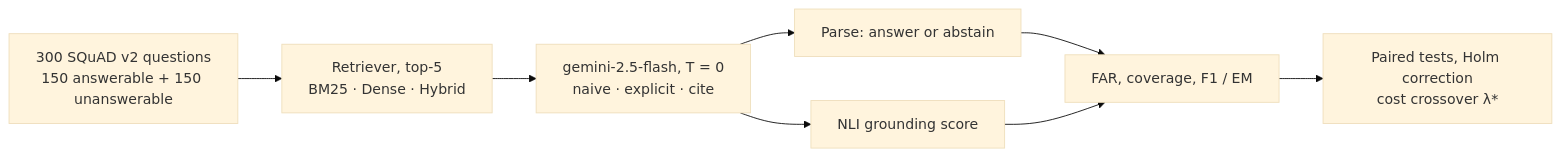
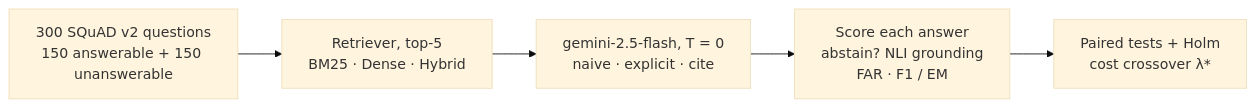
Before and after one commit to TJiewgnil/rag-cite-or-abstain: the diagram in README.md, drawn with Mermaid (base theme). The commit also changed 1 other file, not shown here.

Commit message:
Shorter pipeline diagram so it fits the README width

````diff
--- a/README.md
+++ b/README.md
@@ -23,10 +23,7 @@
 ```mermaid
 flowchart LR
   Q["300 SQuAD v2 questions<br/>150 answerable + 150 unanswerable"] --> R["Retriever, top-5<br/>BM25 · Dense · Hybrid"]
   R --> G["gemini-2.5-flash, T = 0<br/>naive · explicit · cite"]
-  G --> P["Parse: answer or abstain"]
-  P --> M["FAR, coverage, F1 / EM"]
-  G --> N["NLI grounding score"]
-  N --> M
-  M --> S["Paired tests, Holm correction<br/>cost crossover λ*"]
+  G --> M["Score each answer<br/>abstain? NLI grounding<br/>FAR · F1 / EM"]
+  M --> S["Paired tests + Holm<br/>cost crossover λ*"]
 ```
````
